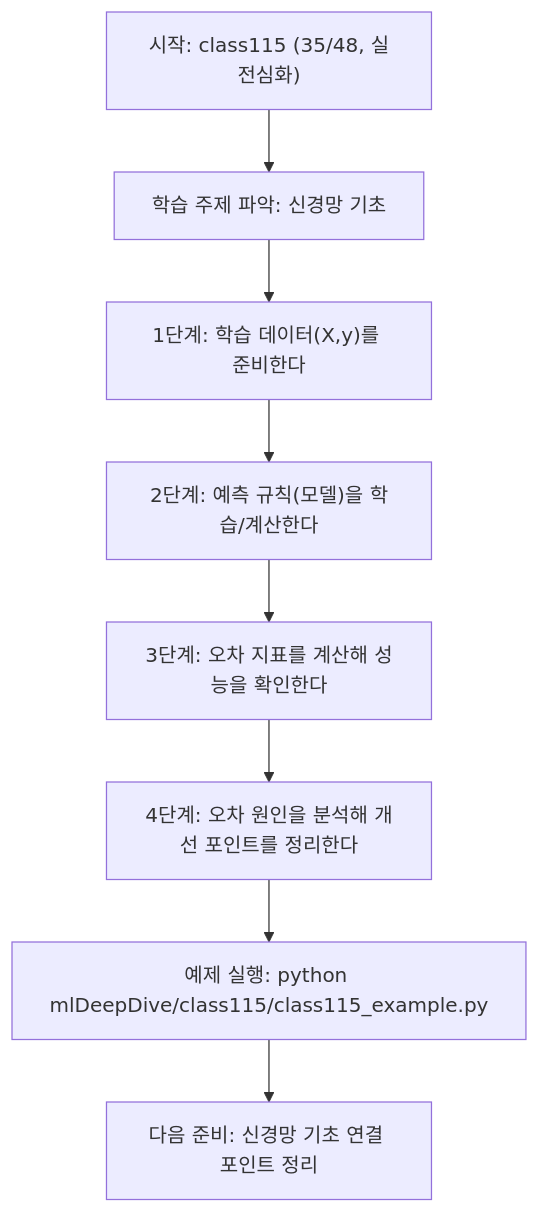
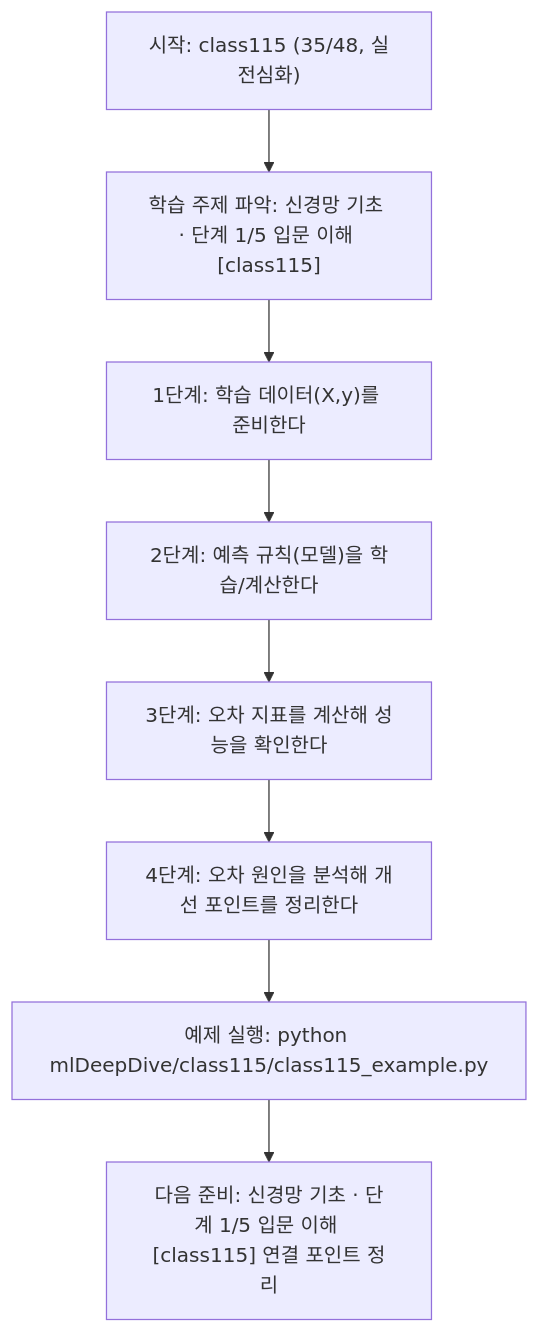
The diagram in mlDeepDive/class115/class115.md (edumgt/Python-AI_Agent-Class), drawn with Mermaid before and after one commit. The commit also changed other lines of this file and 522 other files, not shown here.

````diff
--- a/mlDeepDive/class115/class115.md
+++ b/mlDeepDive/class115/class115.md
@@ -108,18 +109,18 @@
 ```mermaid
 flowchart TD
 N1["시작: class115 (35/48, 실전심화)"]
-N2["학습 주제 파악: 신경망 기초"]
+N2["학습 주제 파악: 신경망 기초 · 단계 1/5 입문 이해 [class115]"]
 N3["1단계: 학습 데이터(X,y)를 준비한다"]
 N4["2단계: 예측 규칙(모델)을 학습/계산한다"]
 N5["3단계: 오차 지표를 계산해 성능을 확인한다"]
 N6["4단계: 오차 원인을 분석해 개선 포인트를 정리한다"]
 N7["예제 실행: python mlDeepDive/class115/class115_example.py"]
-N8["다음 준비: 신경망 기초 연결 포인트 정리"]
+N8["다음 준비: 신경망 기초 · 단계 1/5 입문 이해 [class115] 연결 포인트 정리"]
 N1 --> N2
 N2 --> N3
 N3 --> N4
 N4 --> N5
 N5 --> N6
 N6 --> N7
 N7 --> N8
 ```
````
